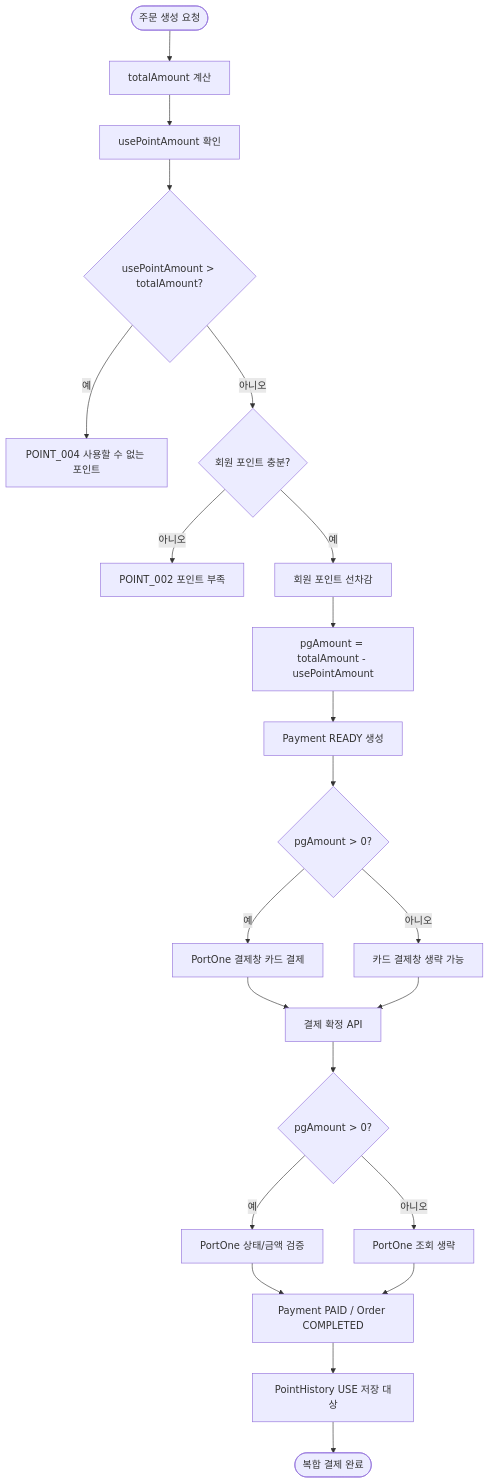
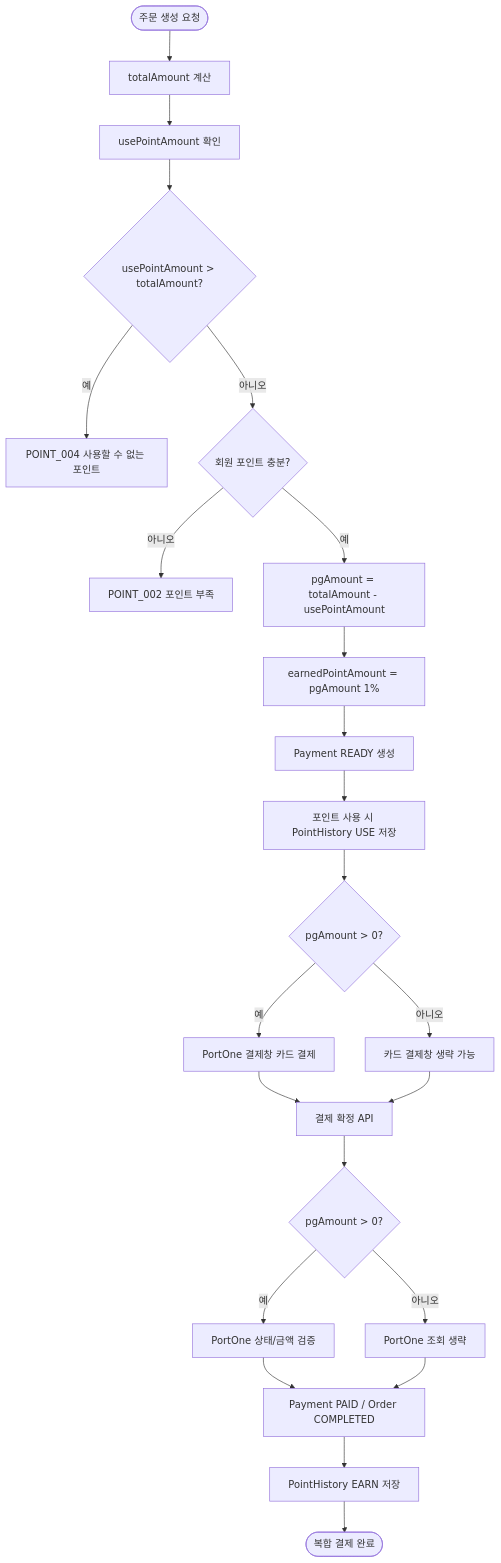
One commit to hyeonseung-dev/payment-system changed the tenth of 14 diagrams in docs/MERMAID_FLOW.md. Above: the diagram before and after it, drawn with Mermaid. The commit also changed other lines of this file and 3 other files, not shown here.

````diff
--- a/docs/MERMAID_FLOW.md
+++ b/docs/MERMAID_FLOW.md
@@ -271,24 +273,25 @@
 ```mermaid
 flowchart TD
     A([주문 생성 요청]) --> B[totalAmount 계산]
     B --> C[usePointAmount 확인]
     C --> D{usePointAmount > totalAmount?}
     D -->|예| D1[POINT_004 사용할 수 없는 포인트]
     D -->|아니오| E{회원 포인트 충분?}
     E -->|아니오| E1[POINT_002 포인트 부족]
-    E -->|예| F[회원 포인트 선차감]
-    F --> G[pgAmount = totalAmount - usePointAmount]
+    E -->|예| F[pgAmount = totalAmount - usePointAmount]
+    F --> G[earnedPointAmount = pgAmount 1%]
     G --> H[Payment READY 생성]
-    H --> I{pgAmount > 0?}
+    H --> H1[포인트 사용 시 PointHistory USE 저장]
+    H1 --> I{pgAmount > 0?}
     I -->|예| J[PortOne 결제창 카드 결제]
     I -->|아니오| K[카드 결제창 생략 가능]
     J --> L[결제 확정 API]
     K --> L
     L --> M{pgAmount > 0?}
     M -->|예| N[PortOne 상태/금액 검증]
     M -->|아니오| O[PortOne 조회 생략]
     N --> P[Payment PAID / Order COMPLETED]
     O --> P
-    P --> Q[PointHistory USE 저장 대상]
+    P --> Q[PointHistory EARN 저장]
     Q --> R([복합 결제 완료])
 ```
````
